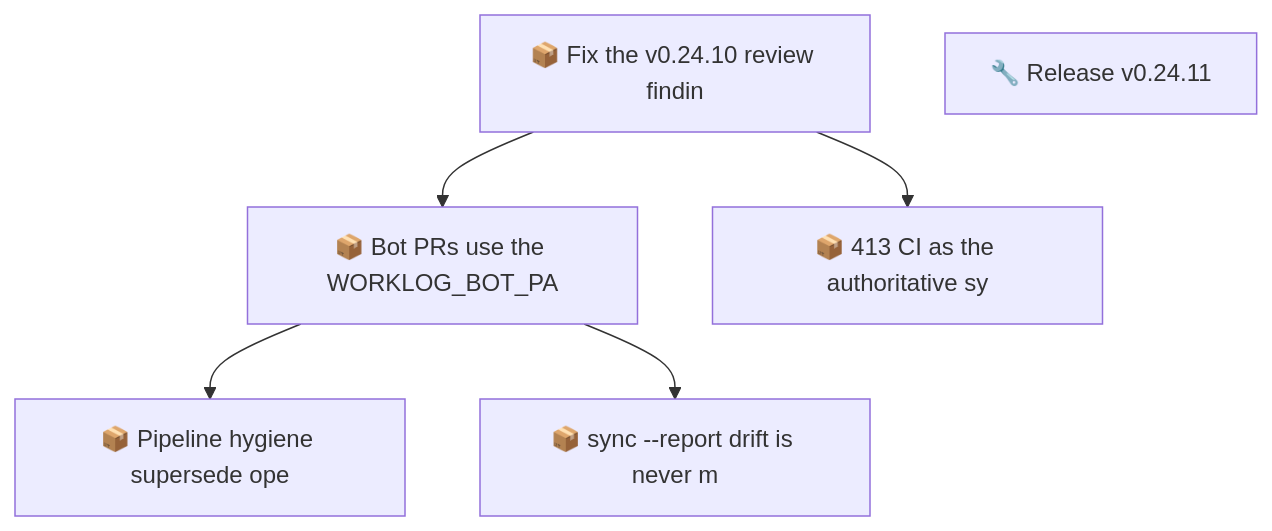
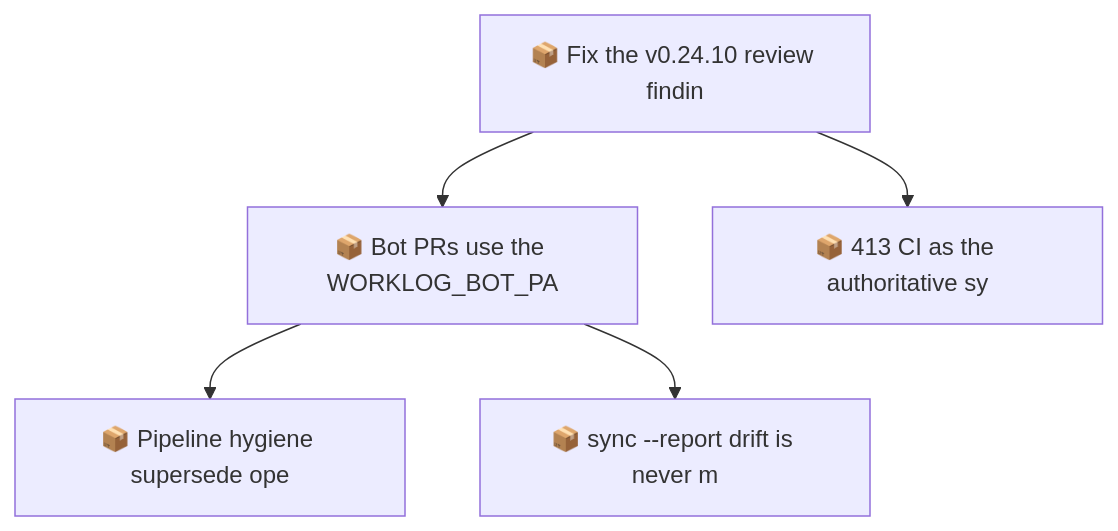
Before and after one commit to SpillwaveSolutions/wiki_ticket_sdd: the second of 2 diagrams in docs/roadmap.md, drawn with Mermaid. The commit also changed other lines of this file and 17 other files, not shown here.

First line of the commit message:
chore(release): post-release publish, sync, and provenance backfill for v0.24.11 (01M2XJARKTEH7VG74N3M0ZG66S)

````diff
--- a/docs/roadmap.md
+++ b/docs/roadmap.md
@@ -67,13 +60,12 @@
 ```mermaid
 graph TD
     01M2XCWMV0QYM4ZRBWN1V1327B["📦 Fix the v0.24.10 review findin"]
     01M2XCWMVEH3XFP2VPS9JBD6XF["📦 Bot PRs use the WORKLOG_BOT_PA"]
     01M2XCWMVEH3XFP2VPS9JBD6XH["📦 Pipeline hygiene supersede ope"]
     01M2XCWMVEH3XFP2VPS9JBD6XK["📦 sync --report drift is never m"]
     01M2XCWMVEH3XFP2VPS9JBD6XN["📦 413 CI as the authoritative sy"]
-    01M2XJARKTEH7VG74N3M0ZG66S["🔧 Release v0.24.11"]
     01M2XCWMV0QYM4ZRBWN1V1327B --> 01M2XCWMVEH3XFP2VPS9JBD6XF
     01M2XCWMVEH3XFP2VPS9JBD6XF --> 01M2XCWMVEH3XFP2VPS9JBD6XH
     01M2XCWMVEH3XFP2VPS9JBD6XF --> 01M2XCWMVEH3XFP2VPS9JBD6XK
     01M2XCWMV0QYM4ZRBWN1V1327B --> 01M2XCWMVEH3XFP2VPS9JBD6XN
 ```
````
